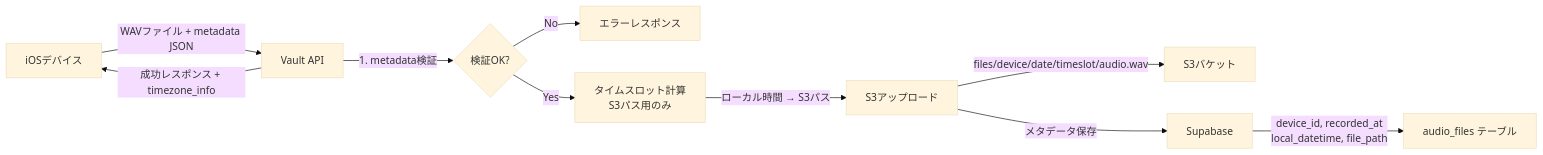
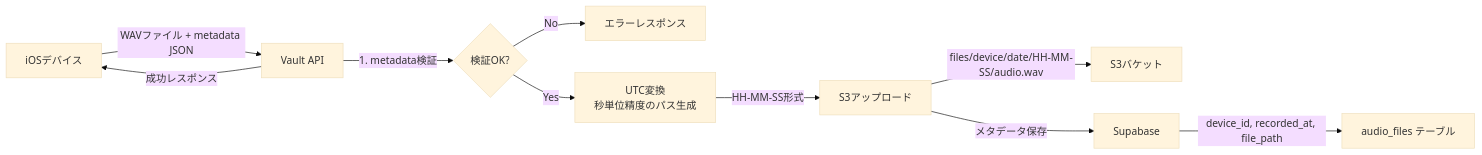
The diagram in README.md (hey-watchme/api-vault), drawn with Mermaid (base theme) before and after one commit. The commit also changed other lines of this file, not shown here.

First line of the commit message:
docs: Update README.md for HH-MM-SS S3 path format

````diff
--- a/README.md
+++ b/README.md
@@ -737,12 +714,12 @@
 ```mermaid
 graph LR
     A[iOSデバイス] -->|WAVファイル + metadata JSON| B[Vault API]
     B -->|1. metadata検証| C{検証OK?}
     C -->|No| D[エラーレスポンス]
-    C -->|Yes| E[タイムスロット計算<br/>S3パス用のみ]
-    E -->|ローカル時間 → S3パス| F[S3アップロード]
-    F -->|files/device/date/timeslot/audio.wav| G[S3バケット]
+    C -->|Yes| E[UTC変換<br/>秒単位精度のパス生成]
+    E -->|HH-MM-SS形式| F[S3アップロード]
+    F -->|files/device/date/HH-MM-SS/audio.wav| G[S3バケット]
     F -->|メタデータ保存| H[Supabase]
-    H -->|device_id, recorded_at<br/>local_datetime, file_path| I[audio_files テーブル]
-    B -->|成功レスポンス + timezone_info| A
+    H -->|device_id, recorded_at, file_path| I[audio_files テーブル]
+    B -->|成功レスポンス| A
 ```
````
